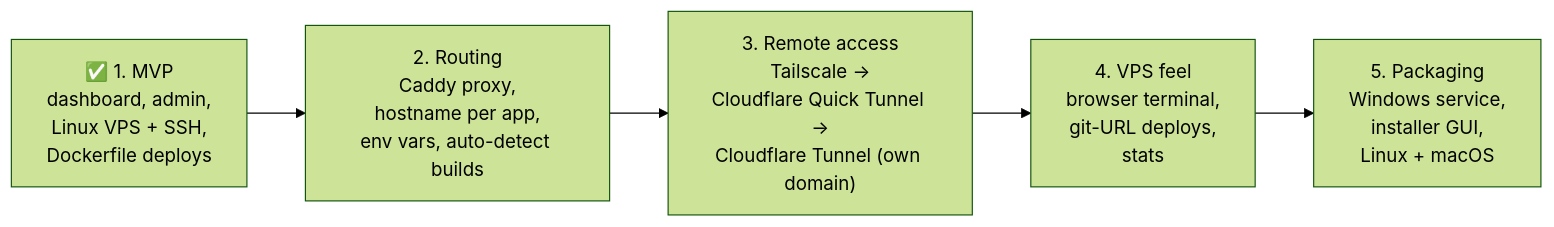
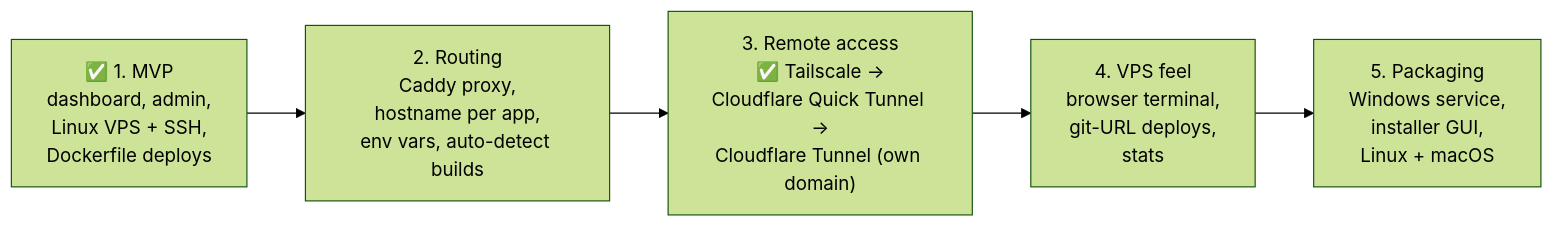
One commit to AbrarDW/lps changed the eighth of 8 diagrams in README.md. Above: the diagram before and after it, drawn with Mermaid (forest theme). The commit also changed other lines of this file and 31 other files, not shown here.

First line of the commit message:
Add remote access with Tailscale

````diff
--- a/README.md
+++ b/README.md
@@ -228,9 +284,9 @@
 ```mermaid
 flowchart LR
     m1["✅ 1. MVP<br/>dashboard, admin,<br/>Linux VPS + SSH,<br/>Dockerfile deploys"]
     m2["2. Routing<br/>Caddy proxy,<br/>hostname per app,<br/>env vars, auto-detect builds"]
-    m3["3. Remote access<br/>Tailscale →<br/>Cloudflare Quick Tunnel →<br/>Cloudflare Tunnel (own domain)"]
+    m3["3. Remote access<br/>✅ Tailscale →<br/>Cloudflare Quick Tunnel →<br/>Cloudflare Tunnel (own domain)"]
     m4["4. VPS feel<br/>browser terminal,<br/>git-URL deploys,<br/>stats"]
     m5["5. Packaging<br/>Windows service,<br/>installer GUI,<br/>Linux + macOS"]
     m1 --> m2 --> m3 --> m4 --> m5
 ```
````
